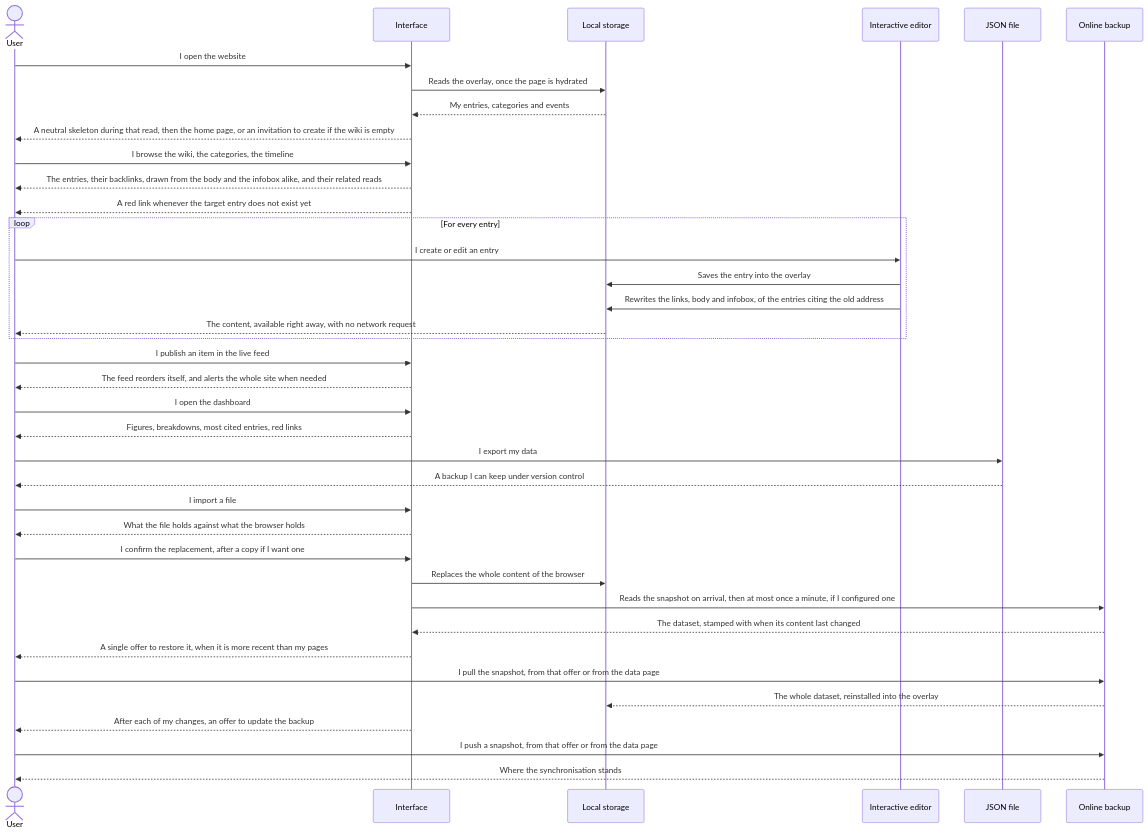
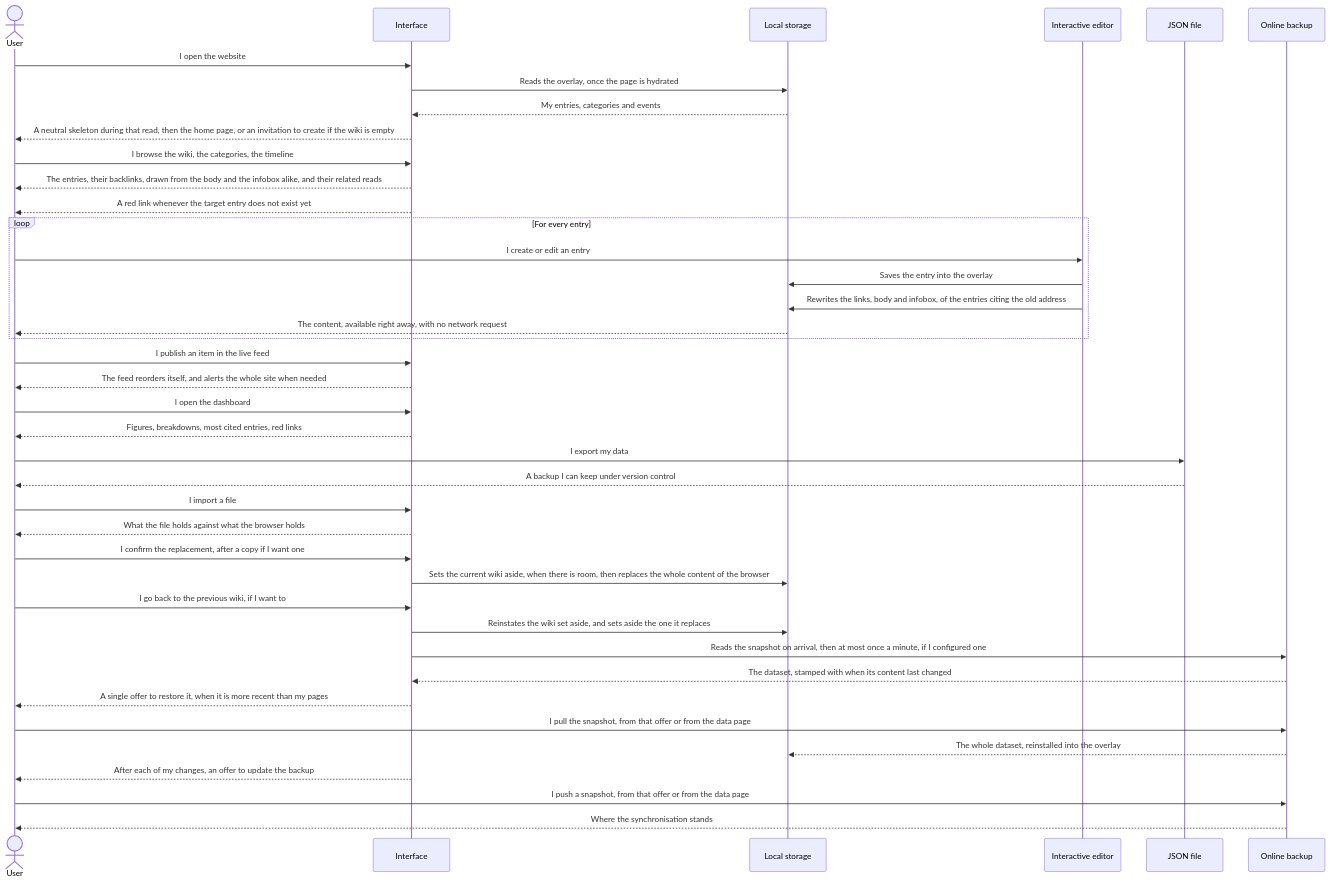
One commit to FlorianLeChat/Pericles-Initiative changed the second of 2 diagrams in README.md. Above: the diagram before and after it, drawn with Mermaid. The commit also changed other lines of this file and 96 other files, not shown here.

````diff
--- a/README.md
+++ b/README.md
@@ -116,47 +118,49 @@
 ```mermaid
 sequenceDiagram
     actor User
     participant Interface
     participant Local storage
     participant Interactive editor
     participant JSON file
     participant Online backup
 
     User->>Interface: I open the website
     Interface->>Local storage: Reads the overlay, once the page is hydrated
     Local storage-->>Interface: My entries, categories and events
     Interface-->>User: A neutral skeleton during that read, then the home page, or an invitation to create if the wiki is empty
 
     User->>Interface: I browse the wiki, the categories, the timeline
     Interface-->>User: The entries, their backlinks, drawn from the body and the infobox alike, and their related reads
     Interface-->>User: A red link whenever the target entry does not exist yet
 
     loop For every entry
         User->>Interactive editor: I create or edit an entry
         Interactive editor->>Local storage: Saves the entry into the overlay
         Interactive editor->>Local storage: Rewrites the links, body and infobox, of the entries citing the old address
         Local storage-->>User: The content, available right away, with no network request
     end
 
     User->>Interface: I publish an item in the live feed
     Interface-->>User: The feed reorders itself, and alerts the whole site when needed
 
     User->>Interface: I open the dashboard
     Interface-->>User: Figures, breakdowns, most cited entries, red links
 
     User->>JSON file: I export my data
     JSON file-->>User: A backup I can keep under version control
     User->>Interface: I import a file
     Interface-->>User: What the file holds against what the browser holds
     User->>Interface: I confirm the replacement, after a copy if I want one
-    Interface->>Local storage: Replaces the whole content of the browser
+    Interface->>Local storage: Sets the current wiki aside, when there is room, then replaces the whole content of the browser
+    User->>Interface: I go back to the previous wiki, if I want to
+    Interface->>Local storage: Reinstates the wiki set aside, and sets aside the one it replaces
 
     Interface->>Online backup: Reads the snapshot on arrival, then at most once a minute, if I configured one
     Online backup-->>Interface: The dataset, stamped with when its content last changed
     Interface-->>User: A single offer to restore it, when it is more recent than my pages
     User->>Online backup: I pull the snapshot, from that offer or from the data page
     Online backup-->>Local storage: The whole dataset, reinstalled into the overlay
     Interface-->>User: After each of my changes, an offer to update the backup
     User->>Online backup: I push a snapshot, from that offer or from the data page
     Online backup-->>User: Where the synchronisation stands
 ```
````
